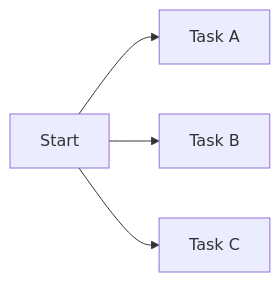
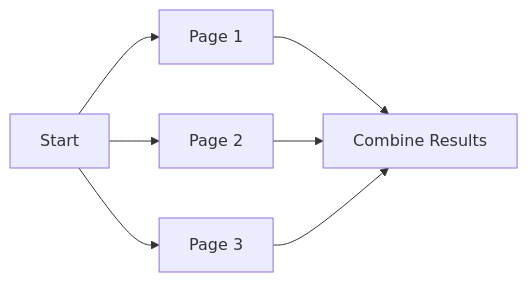
One commit to AvadhBhalodiya/Interview-Preparation changed the sixth of 8 diagrams in src/content/task-processing/celery-vs-taskiq.md. Above: the diagram before and after it, drawn with Mermaid. The commit also changed other lines of this file and 80 other files, not shown here.

````diff
--- a/src/content/task-processing/celery-vs-taskiq.md
+++ b/src/content/task-processing/celery-vs-taskiq.md
@@ -668,6 +390,9 @@
 ```mermaid
 flowchart LR
-    S[Start] --> A[Task A]
-    S --> B[Task B]
-    S --> C[Task C]
+    S[Start] --> A[Page 1]
+    S --> B[Page 2]
+    S --> C[Page 3]
+    A --> F[Combine Results]
+    B --> F
+    C --> F
 ```
````
